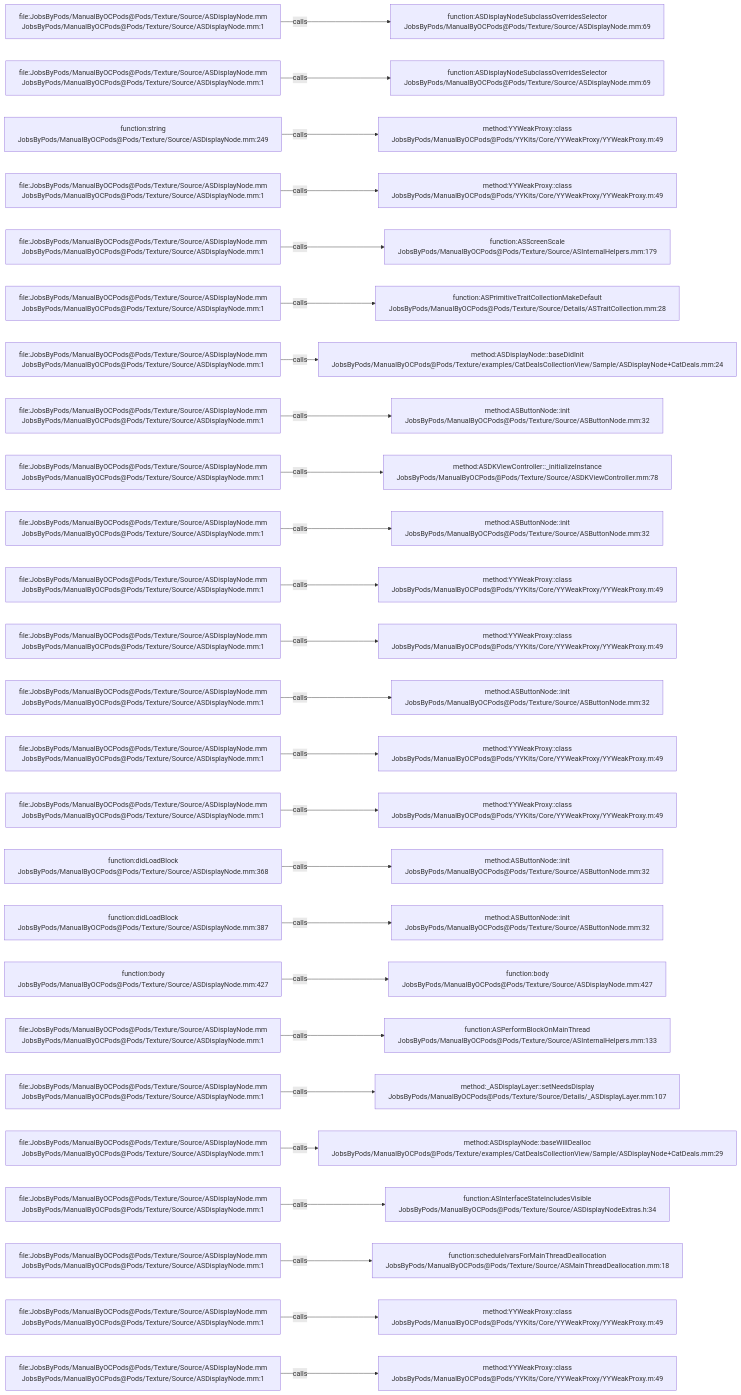
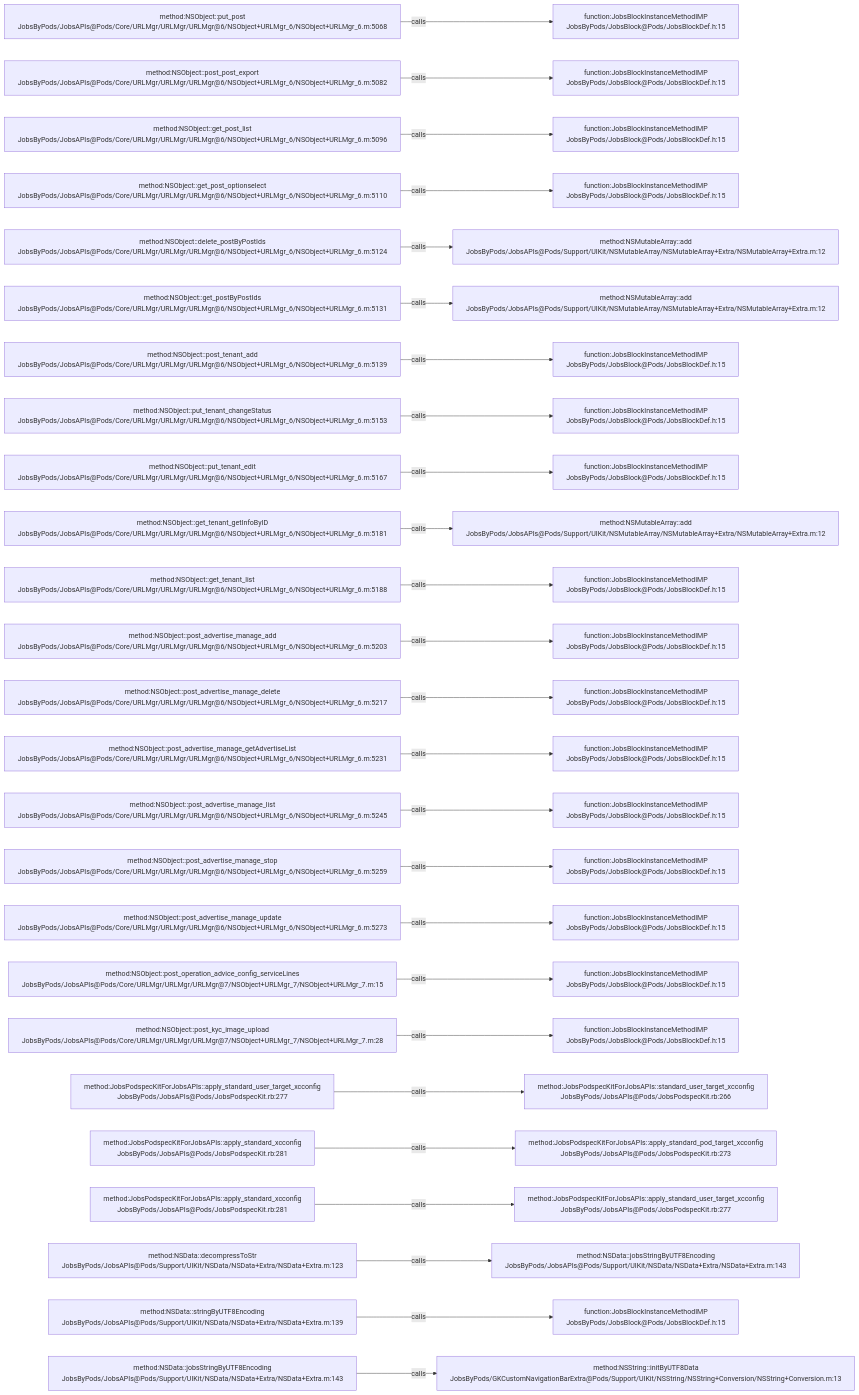
Before and after one commit to JobsKits/JobsOCBaseConfigDemo: the diagram in .codegraph/codegraph.md/graphs/calls-082.md, drawn with Mermaid. The commit also changed 768 other files, not shown here.

````diff
--- a/.codegraph/codegraph.md/graphs/calls-082.md
+++ b/.codegraph/codegraph.md/graphs/calls-082.md
@@ -13,78 +13,78 @@
 ```mermaid
 flowchart LR
-  S1["file:JobsByPods/ManualByOCPods@Pods/Texture/Source/ASDisplayNode.mm<br/>JobsByPods/ManualByOCPods@Pods/Texture/Source/ASDisplayNode.mm:1"]
-  T1["function:ASDisplayNodeSubclassOverridesSelector<br/>JobsByPods/ManualByOCPods@Pods/Texture/Source/ASDisplayNode.mm:69"]
+  S1["method:NSObject::put_post<br/>JobsByPods/JobsAPIs@Pods/Core/URLMgr/URLMgr/URLMgr@6/NSObject+URLMgr_6/NSObject+URLMgr_6.m:5068"]
+  T1["function:JobsBlockInstanceMethodIMP<br/>JobsByPods/JobsBlock@Pods/JobsBlockDef.h:15"]
   S1 -->|calls| T1
-  S2["file:JobsByPods/ManualByOCPods@Pods/Texture/Source/ASDisplayNode.mm<br/>JobsByPods/ManualByOCPods@Pods/Texture/Source/ASDisplayNode.mm:1"]
-  T2["function:ASDisplayNodeSubclassOverridesSelector<br/>JobsByPods/ManualByOCPods@Pods/Texture/Source/ASDisplayNode.mm:69"]
+  S2["method:NSObject::post_post_export<br/>JobsByPods/JobsAPIs@Pods/Core/URLMgr/URLMgr/URLMgr@6/NSObject+URLMgr_6/NSObject+URLMgr_6.m:5082"]
+  T2["function:JobsBlockInstanceMethodIMP<br/>JobsByPods/JobsBlock@Pods/JobsBlockDef.h:15"]
   S2 -->|calls| T2
-  S3["function:string<br/>JobsByPods/ManualByOCPods@Pods/Texture/Source/ASDisplayNode.mm:249"]
-  T3["method:YYWeakProxy::class<br/>JobsByPods/ManualByOCPods@Pods/YYKits/Core/YYWeakProxy/YYWeakProxy.m:49"]
+  S3["method:NSObject::get_post_list<br/>JobsByPods/JobsAPIs@Pods/Core/URLMgr/URLMgr/URLMgr@6/NSObject+URLMgr_6/NSObject+URLMgr_6.m:5096"]
+  T3["function:JobsBlockInstanceMethodIMP<br/>JobsByPods/JobsBlock@Pods/JobsBlockDef.h:15"]
   S3 -->|calls| T3
-  S4["file:JobsByPods/ManualByOCPods@Pods/Texture/Source/ASDisplayNode.mm<br/>JobsByPods/ManualByOCPods@Pods/Texture/Source/ASDisplayNode.mm:1"]
-  T4["method:YYWeakProxy::class<br/>JobsByPods/ManualByOCPods@Pods/YYKits/Core/YYWeakProxy/YYWeakProxy.m:49"]
+  S4["method:NSObject::get_post_optionselect<br/>JobsByPods/JobsAPIs@Pods/Core/URLMgr/URLMgr/URLMgr@6/NSObject+URLMgr_6/NSObject+URLMgr_6.m:5110"]
+  T4["function:JobsBlockInstanceMethodIMP<br/>JobsByPods/JobsBlock@Pods/JobsBlockDef.h:15"]
   S4 -->|calls| T4
-  S5["file:JobsByPods/ManualByOCPods@Pods/Texture/Source/ASDisplayNode.mm<br/>JobsByPods/ManualByOCPods@Pods/Texture/Source/ASDisplayNode.mm:1"]
-  T5["function:ASScreenScale<br/>JobsByPods/ManualByOCPods@Pods/Texture/Source/ASInternalHelpers.mm:179"]
+  S5["method:NSObject::delete_postByPostIds<br/>JobsByPods/JobsAPIs@Pods/Core/URLMgr/URLMgr/URLMgr@6/NSObject+URLMgr_6/NSObject+URLMgr_6.m:5124"]
+  T5["method:NSMutableArray::add<br/>JobsByPods/JobsAPIs@Pods/Support/UIKit/NSMutableArray/NSMutableArray+Extra/NSMutableArray+Extra.m:12"]
   S5 -->|calls| T5
-  S6["file:JobsByPods/ManualByOCPods@Pods/Texture/Source/ASDisplayNode.mm<br/>JobsByPods/ManualByOCPods@Pods/Texture/Source/ASDisplayNode.mm:1"]
-  T6["function:ASPrimitiveTraitCollectionMakeDefault<br/>JobsByPods/ManualByOCPods@Pods/Texture/Source/Details/ASTraitCollection.mm:28"]
+  S6["method:NSObject::get_postByPostIds<br/>JobsByPods/JobsAPIs@Pods/Core/URLMgr/URLMgr/URLMgr@6/NSObject+URLMgr_6/NSObject+URLMgr_6.m:5131"]
+  T6["method:NSMutableArray::add<br/>JobsByPods/JobsAPIs@Pods/Support/UIKit/NSMutableArray/NSMutableArray+Extra/NSMutableArray+Extra.m:12"]
   S6 -->|calls| T6
-  S7["file:JobsByPods/ManualByOCPods@Pods/Texture/Source/ASDisplayNode.mm<br/>JobsByPods/ManualByOCPods@Pods/Texture/Source/ASDisplayNode.mm:1"]
-  T7["method:ASDisplayNode::baseDidInit<br/>JobsByPods/ManualByOCPods@Pods/Texture/examples/CatDealsCollectionView/Sample/ASDisplayNode+CatDeals.mm:24"]
+  S7["method:NSObject::post_tenant_add<br/>JobsByPods/JobsAPIs@Pods/Core/URLMgr/URLMgr/URLMgr@6/NSObject+URLMgr_6/NSObject+URLMgr_6.m:5139"]
+  T7["function:JobsBlockInstanceMethodIMP<br/>JobsByPods/JobsBlock@Pods/JobsBlockDef.h:15"]
   S7 -->|calls| T7
-  S8["file:JobsByPods/ManualByOCPods@Pods/Texture/Source/ASDisplayNode.mm<br/>JobsByPods/ManualByOCPods@Pods/Texture/Source/ASDisplayNode.mm:1"]
-  T8["method:ASButtonNode::init<br/>JobsByPods/ManualByOCPods@Pods/Texture/Source/ASButtonNode.mm:32"]
+  S8["method:NSObject::put_tenant_changeStatus<br/>JobsByPods/JobsAPIs@Pods/Core/URLMgr/URLMgr/URLMgr@6/NSObject+URLMgr_6/NSObject+URLMgr_6.m:5153"]
+  T8["function:JobsBlockInstanceMethodIMP<br/>JobsByPods/JobsBlock@Pods/JobsBlockDef.h:15"]
   S8 -->|calls| T8
-  S9["file:JobsByPods/ManualByOCPods@Pods/Texture/Source/ASDisplayNode.mm<br/>JobsByPods/ManualByOCPods@Pods/Texture/Source/ASDisplayNode.mm:1"]
-  T9["method:ASDKViewController::_initializeInstance<br/>JobsByPods/ManualByOCPods@Pods/Texture/Source/ASDKViewController.mm:78"]
+  S9["method:NSObject::put_tenant_edit<br/>JobsByPods/JobsAPIs@Pods/Core/URLMgr/URLMgr/URLMgr@6/NSObject+URLMgr_6/NSObject+URLMgr_6.m:5167"]
+  T9["function:JobsBlockInstanceMethodIMP<br/>JobsByPods/JobsBlock@Pods/JobsBlockDef.h:15"]
   S9 -->|calls| T9
-  S10["file:JobsByPods/ManualByOCPods@Pods/Texture/Source/ASDisplayNode.mm<br/>JobsByPods/ManualByOCPods@Pods/Texture/Source/ASDisplayNode.mm:1"]
-  T10["method:ASButtonNode::init<br/>JobsByPods/ManualByOCPods@Pods/Texture/Source/ASButtonNode.mm:32"]
+  S10["method:NSObject::get_tenant_getInfoByID<br/>JobsByPods/JobsAPIs@Pods/Core/URLMgr/URLMgr/URLMgr@6/NSObject+URLMgr_6/NSObject+URLMgr_6.m:5181"]
+  T10["method:NSMutableArray::add<br/>JobsByPods/JobsAPIs@Pods/Support/UIKit/NSMutableArray/NSMutableArray+Extra/NSMutableArray+Extra.m:12"]
   S10 -->|calls| T10
-  S11["file:JobsByPods/ManualByOCPods@Pods/Texture/Source/ASDisplayNode.mm<br/>JobsByPods/ManualByOCPods@Pods/Texture/Source/ASDisplayNode.mm:1"]
-  T11["method:YYWeakProxy::class<br/>JobsByPods/ManualByOCPods@Pods/YYKits/Core/YYWeakProxy/YYWeakProxy.m:49"]
+  S11["method:NSObject::get_tenant_list<br/>JobsByPods/JobsAPIs@Pods/Core/URLMgr/URLMgr/URLMgr@6/NSObject+URLMgr_6/NSObject+URLMgr_6.m:5188"]
+  T11["function:JobsBlockInstanceMethodIMP<br/>JobsByPods/JobsBlock@Pods/JobsBlockDef.h:15"]
   S11 -->|calls| T11
-  S12["file:JobsByPods/ManualByOCPods@Pods/Texture/Source/ASDisplayNode.mm<br/>JobsByPods/ManualByOCPods@Pods/Texture/Source/ASDisplayNode.mm:1"]
-  T12["method:YYWeakProxy::class<br/>JobsByPods/ManualByOCPods@Pods/YYKits/Core/YYWeakProxy/YYWeakProxy.m:49"]
+  S12["method:NSObject::post_advertise_manage_add<br/>JobsByPods/JobsAPIs@Pods/Core/URLMgr/URLMgr/URLMgr@6/NSObject+URLMgr_6/NSObject+URLMgr_6.m:5203"]
+  T12["function:JobsBlockInstanceMethodIMP<br/>JobsByPods/JobsBlock@Pods/JobsBlockDef.h:15"]
   S12 -->|calls| T12
-  S13["file:JobsByPods/ManualByOCPods@Pods/Texture/Source/ASDisplayNode.mm<br/>JobsByPods/ManualByOCPods@Pods/Texture/Source/ASDisplayNode.mm:1"]
-  T13["method:ASButtonNode::init<br/>JobsByPods/ManualByOCPods@Pods/Texture/Source/ASButtonNode.mm:32"]
+  S13["method:NSObject::post_advertise_manage_delete<br/>JobsByPods/JobsAPIs@Pods/Core/URLMgr/URLMgr/URLMgr@6/NSObject+URLMgr_6/NSObject+URLMgr_6.m:5217"]
+  T13["function:JobsBlockInstanceMethodIMP<br/>JobsByPods/JobsBlock@Pods/JobsBlockDef.h:15"]
   S13 -->|calls| T13
-  S14["file:JobsByPods/ManualByOCPods@Pods/Texture/Source/ASDisplayNode.mm<br/>JobsByPods/ManualByOCPods@Pods/Texture/Source/ASDisplayNode.mm:1"]
-  T14["method:YYWeakProxy::class<br/>JobsByPods/ManualByOCPods@Pods/YYKits/Core/YYWeakProxy/YYWeakProxy.m:49"]
+  S14["method:NSObject::post_advertise_manage_getAdvertiseList<br/>JobsByPods/JobsAPIs@Pods/Core/URLMgr/URLMgr/URLMgr@6/NSObject+URLMgr_6/NSObject+URLMgr_6.m:5231"]
+  T14["function:JobsBlockInstanceMethodIMP<br/>JobsByPods/JobsBlock@Pods/JobsBlockDef.h:15"]
   S14 -->|calls| T14
-  S15["file:JobsByPods/ManualByOCPods@Pods/Texture/Source/ASDisplayNode.mm<br/>JobsByPods/ManualByOCPods@Pods/Texture/Source/ASDisplayNode.mm:1"]
-  T15["method:YYWeakProxy::class<br/>JobsByPods/ManualByOCPods@Pods/YYKits/Core/YYWeakProxy/YYWeakProxy.m:49"]
+  S15["method:NSObject::post_advertise_manage_list<br/>JobsByPods/JobsAPIs@Pods/Core/URLMgr/URLMgr/URLMgr@6/NSObject+URLMgr_6/NSObject+URLMgr_6.m:5245"]
+  T15["function:JobsBlockInstanceMethodIMP<br/>JobsByPods/JobsBlock@Pods/JobsBlockDef.h:15"]
   S15 -->|calls| T15
-  S16["function:didLoadBlock<br/>JobsByPods/ManualByOCPods@Pods/Texture/Source/ASDisplayNode.mm:368"]
-  T16["method:ASButtonNode::init<br/>JobsByPods/ManualByOCPods@Pods/Texture/Source/ASButtonNode.mm:32"]
+  S16["method:NSObject::post_advertise_manage_stop<br/>JobsByPods/JobsAPIs@Pods/Core/URLMgr/URLMgr/URLMgr@6/NSObject+URLMgr_6/NSObject+URLMgr_6.m:5259"]
+  T16["function:JobsBlockInstanceMethodIMP<br/>JobsByPods/JobsBlock@Pods/JobsBlockDef.h:15"]
   S16 -->|calls| T16
-  S17["function:didLoadBlock<br/>JobsByPods/ManualByOCPods@Pods/Texture/Source/ASDisplayNode.mm:387"]
-  T17["method:ASButtonNode::init<br/>JobsByPods/ManualByOCPods@Pods/Texture/Source/ASButtonNode.mm:32"]
+  S17["method:NSObject::post_advertise_manage_update<br/>JobsByPods/JobsAPIs@Pods/Core/URLMgr/URLMgr/URLMgr@6/NSObject+URLMgr_6/NSObject+URLMgr_6.m:5273"]
+  T17["function:JobsBlockInstanceMethodIMP<br/>JobsByPods/JobsBlock@Pods/JobsBlockDef.h:15"]
   S17 -->|calls| T17
-  S18["function:body<br/>JobsByPods/ManualByOCPods@Pods/Texture/Source/ASDisplayNode.mm:427"]
-  T18["function:body<br/>JobsByPods/ManualByOCPods@Pods/Texture/Source/ASDisplayNode.mm:427"]
+  S18["method:NSObject::post_operation_advice_config_serviceLines<br/>JobsByPods/JobsAPIs@Pods/Core/URLMgr/URLMgr/URLMgr@7/NSObject+URLMgr_7/NSObject+URLMgr_7.m:15"]
+  T18["function:JobsBlockInstanceMethodIMP<br/>JobsByPods/JobsBlock@Pods/JobsBlockDef.h:15"]
   S18 -->|calls| T18
-  S19["file:JobsByPods/ManualByOCPods@Pods/Texture/Source/ASDisplayNode.mm<br/>JobsByPods/ManualByOCPods@Pods/Texture/Source/ASDisplayNode.mm:1"]
-  T19["function:ASPerformBlockOnMainThread<br/>JobsByPods/ManualByOCPods@Pods/Texture/Source/ASInternalHelpers.mm:133"]
+  S19["method:NSObject::post_kyc_image_upload<br/>JobsByPods/JobsAPIs@Pods/Core/URLMgr/URLMgr/URLMgr@7/NSObject+URLMgr_7/NSObject+URLMgr_7.m:28"]
+  T19["function:JobsBlockInstanceMethodIMP<br/>JobsByPods/JobsBlock@Pods/JobsBlockDef.h:15"]
   S19 -->|calls| T19
-  S20["file:JobsByPods/ManualByOCPods@Pods/Texture/Source/ASDisplayNode.mm<br/>JobsByPods/ManualByOCPods@Pods/Texture/Source/ASDisplayNode.mm:1"]
-  T20["method:_ASDisplayLayer::setNeedsDisplay<br/>JobsByPods/ManualByOCPods@Pods/Texture/Source/Details/_ASDisplayLayer.mm:107"]
+  S20["method:JobsPodspecKitForJobsAPIs::apply_standard_user_target_xcconfig<br/>JobsByPods/JobsAPIs@Pods/JobsPodspecKit.rb:277"]
+  T20["method:JobsPodspecKitForJobsAPIs::standard_user_target_xcconfig<br/>JobsByPods/JobsAPIs@Pods/JobsPodspecKit.rb:266"]
   S20 -->|calls| T20
-  S21["file:JobsByPods/ManualByOCPods@Pods/Texture/Source/ASDisplayNode.mm<br/>JobsByPods/ManualByOCPods@Pods/Texture/Source/ASDisplayNode.mm:1"]
-  T21["method:ASDisplayNode::baseWillDealloc<br/>JobsByPods/ManualByOCPods@Pods/Texture/examples/CatDealsCollectionView/Sample/ASDisplayNode+CatDeals.mm:29"]
+  S21["method:JobsPodspecKitForJobsAPIs::apply_standard_xcconfig<br/>JobsByPods/JobsAPIs@Pods/JobsPodspecKit.rb:281"]
+  T21["method:JobsPodspecKitForJobsAPIs::apply_standard_pod_target_xcconfig<br/>JobsByPods/JobsAPIs@Pods/JobsPodspecKit.rb:273"]
   S21 -->|calls| T21
-  S22["file:JobsByPods/ManualByOCPods@Pods/Texture/Source/ASDisplayNode.mm<br/>JobsByPods/ManualByOCPods@Pods/Texture/Source/ASDisplayNode.mm:1"]
-  T22["function:ASInterfaceStateIncludesVisible<br/>JobsByPods/ManualByOCPods@Pods/Texture/Source/ASDisplayNodeExtras.h:34"]
+  S22["method:JobsPodspecKitForJobsAPIs::apply_standard_xcconfig<br/>JobsByPods/JobsAPIs@Pods/JobsPodspecKit.rb:281"]
+  T22["method:JobsPodspecKitForJobsAPIs::apply_standard_user_target_xcconfig<br/>JobsByPods/JobsAPIs@Pods/JobsPodspecKit.rb:277"]
   S22 -->|calls| T22
-  S23["file:JobsByPods/ManualByOCPods@Pods/Texture/Source/ASDisplayNode.mm<br/>JobsByPods/ManualByOCPods@Pods/Texture/Source/ASDisplayNode.mm:1"]
-  T23["function:scheduleIvarsForMainThreadDeallocation<br/>JobsByPods/ManualByOCPods@Pods/Texture/Source/ASMainThreadDeallocation.mm:18"]
+  S23["method:NSData::decompressToStr<br/>JobsByPods/JobsAPIs@Pods/Support/UIKit/NSData/NSData+Extra/NSData+Extra.m:123"]
+  T23["method:NSData::jobsStringByUTF8Encoding<br/>JobsByPods/JobsAPIs@Pods/Support/UIKit/NSData/NSData+Extra/NSData+Extra.m:143"]
   S23 -->|calls| T23
-  S24["file:JobsByPods/ManualByOCPods@Pods/Texture/Source/ASDisplayNode.mm<br/>JobsByPods/ManualByOCPods@Pods/Texture/Source/ASDisplayNode.mm:1"]
-  T24["method:YYWeakProxy::class<br/>JobsByPods/ManualByOCPods@Pods/YYKits/Core/YYWeakProxy/YYWeakProxy.m:49"]
+  S24["method:NSData::stringByUTF8Encoding<br/>JobsByPods/JobsAPIs@Pods/Support/UIKit/NSData/NSData+Extra/NSData+Extra.m:139"]
+  T24["function:JobsBlockInstanceMethodIMP<br/>JobsByPods/JobsBlock@Pods/JobsBlockDef.h:15"]
   S24 -->|calls| T24
-  S25["file:JobsByPods/ManualByOCPods@Pods/Texture/Source/ASDisplayNode.mm<br/>JobsByPods/ManualByOCPods@Pods/Texture/Source/ASDisplayNode.mm:1"]
-  T25["method:YYWeakProxy::class<br/>JobsByPods/ManualByOCPods@Pods/YYKits/Core/YYWeakProxy/YYWeakProxy.m:49"]
+  S25["method:NSData::jobsStringByUTF8Encoding<br/>JobsByPods/JobsAPIs@Pods/Support/UIKit/NSData/NSData+Extra/NSData+Extra.m:143"]
+  T25["method:NSString::initByUTF8Data<br/>JobsByPods/GKCustomNavigationBarExtra@Pods/Support/UIKit/NSString/NSString+Conversion/NSString+Conversion.m:13"]
   S25 -->|calls| T25
 ```
````
